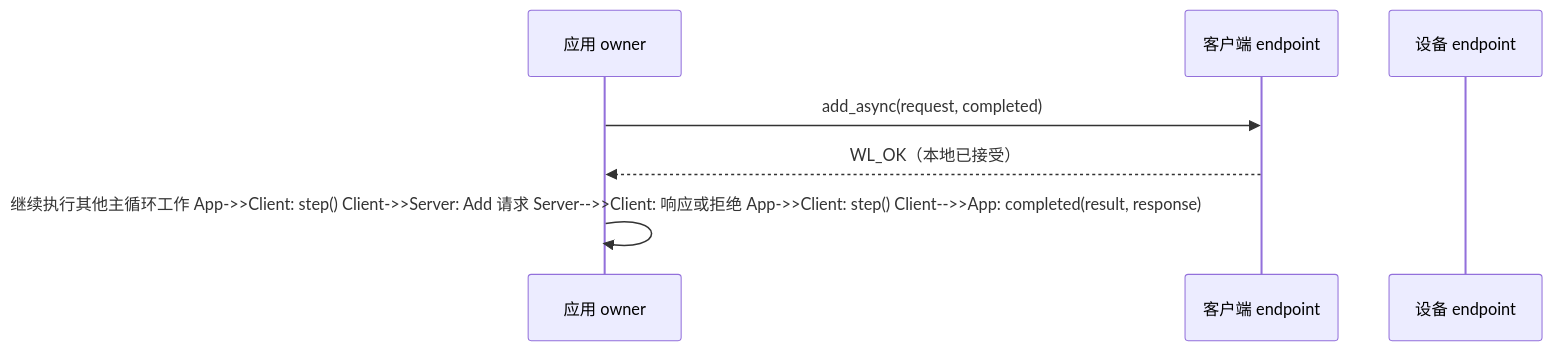
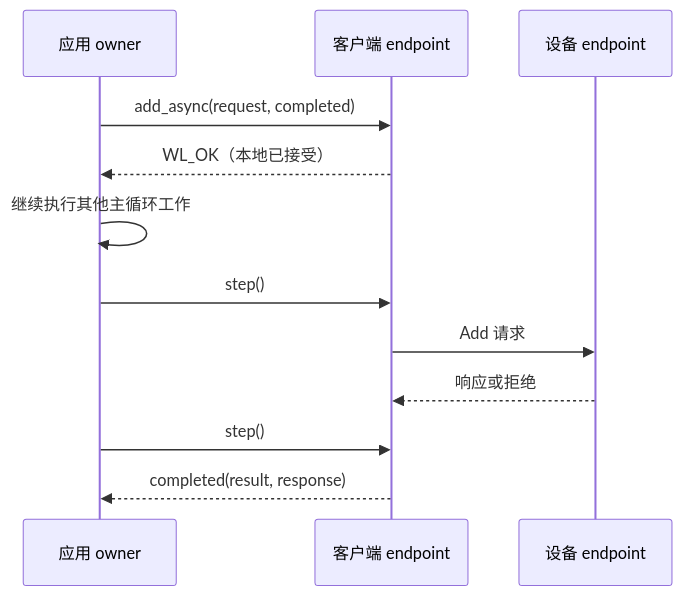
The diagram in site/src/content/docs/zh-cn/learn/async-rpc.mdx (starwey604/wirelink), drawn with Mermaid before and after one commit. The commit also changed 4 other files, not shown here.

First line of the commit message:
fix: restore Mermaid blocks mangled by Chinese paragraph unwrap

````diff
--- a/site/src/content/docs/zh-cn/learn/async-rpc.mdx
+++ b/site/src/content/docs/zh-cn/learn/async-rpc.mdx
@@ -60,12 +60,17 @@
 ```mermaid
 sequenceDiagram
   accTitle: 异步 RPC 生命周期
   accDescr: 本地提交先返回，应用随后推进 endpoint，最后从完成回调取得 RPC 结果。
   participant App as 应用 owner
   participant Client as 客户端 endpoint
   participant Server as 设备 endpoint
 
   App->>Client: add_async(request, completed)
   Client-->>App: WL_OK（本地已接受）
-App->>App: 继续执行其他主循环工作 App->>Client: step() Client->>Server: Add 请求 Server-->>Client: 响应或拒绝 App->>Client: step() Client-->>App: completed(result, response)
+App->>App: 继续执行其他主循环工作
+App->>Client: step()
+Client->>Server: Add 请求
+Server-->>Client: 响应或拒绝
+App->>Client: step()
+Client-->>App: completed(result, response)
 ```
````
